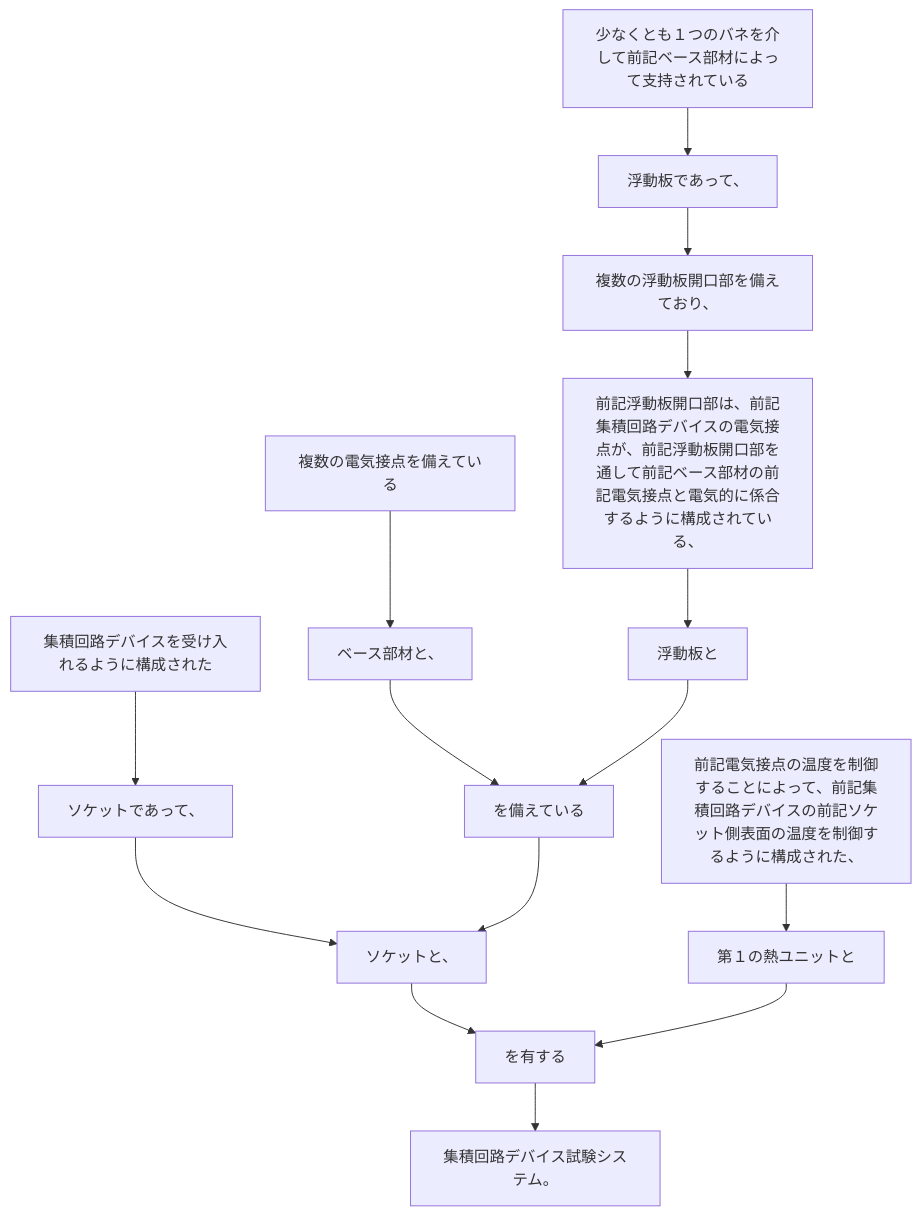
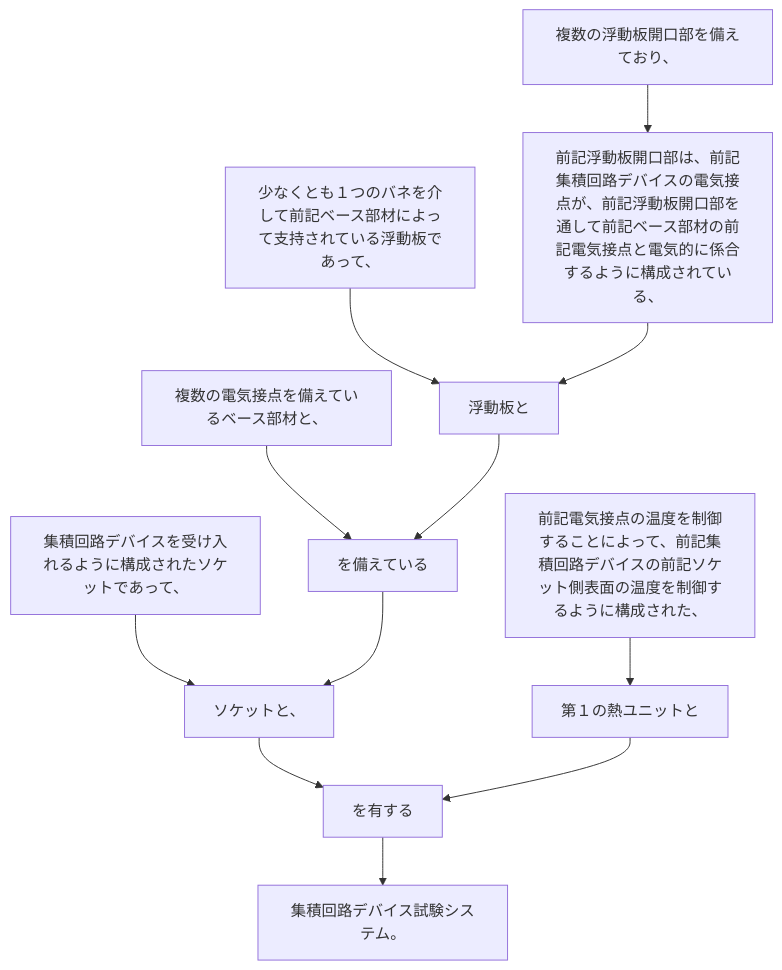
Before and after one commit to shinmori55/patent_analyzed: the diagram in 2024/JP2024023283A/claim_30/README.md, drawn with Mermaid. The commit also changed 336 other files, not shown here.

````diff
--- a/2024/JP2024023283A/claim_30/README.md
+++ b/2024/JP2024023283A/claim_30/README.md
@@ -5,33 +5,26 @@
 ```mermaid
 flowchart TD
-A[集積回路デバイスを受け入れるように構成された]
-B[ソケットであって、]
-C[複数の電気接点を備えている]
-D[ベース部材と、]
-E[少なくとも１つのバネを介して前記ベース部材によって支持されている]
-F[浮動板であって、]
-G[複数の浮動板開口部を備えており、]
-H[前記浮動板開口部は、前記集積回路デバイスの電気接点が、前記浮動板開口部を通して前記ベース部材の前記電気接点と電気的に係合するように構成されている、]
-I[浮動板と]
-J[を備えている]
-K[ソケットと、]
-L[前記電気接点の温度を制御することによって、前記集積回路デバイスの前記ソケット側表面の温度を制御するように構成された、]
-M[第１の熱ユニットと]
-N[を有する]
-O[集積回路デバイス試験システム。]
-
-A --> B
-B --> K
-C --> D
-D --> J
+A[集積回路デバイスを受け入れるように構成されたソケットであって、]
+B[複数の電気接点を備えているベース部材と、]
+C[少なくとも１つのバネを介して前記ベース部材によって支持されている浮動板であって、]
+D[複数の浮動板開口部を備えており、]
+E[前記浮動板開口部は、前記集積回路デバイスの電気接点が、前記浮動板開口部を通して前記ベース部材の前記電気接点と電気的に係合するように構成されている、]
+F[浮動板と]
+G[を備えている]
+H[ソケットと、]
+I[前記電気接点の温度を制御することによって、前記集積回路デバイスの前記ソケット側表面の温度を制御するように構成された、]
+J[第１の熱ユニットと]
+K[を有する]
+L[集積回路デバイス試験システム。]
+A --> H
+B --> G
+C --> F
+D --> E
 E --> F
 F --> G
 G --> H
-H --> I
+H --> K
 I --> J
 J --> K
-L --> M
-K --> N
-M --> N
-N --> O
+K --> L
 ```
````
